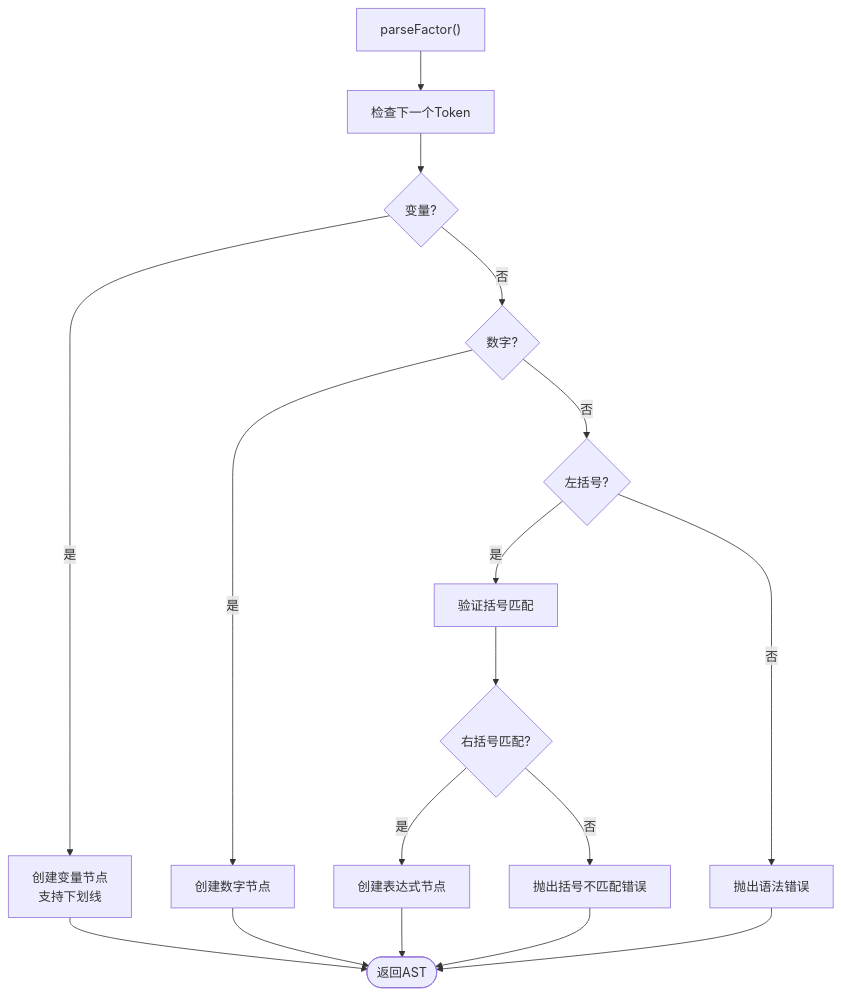
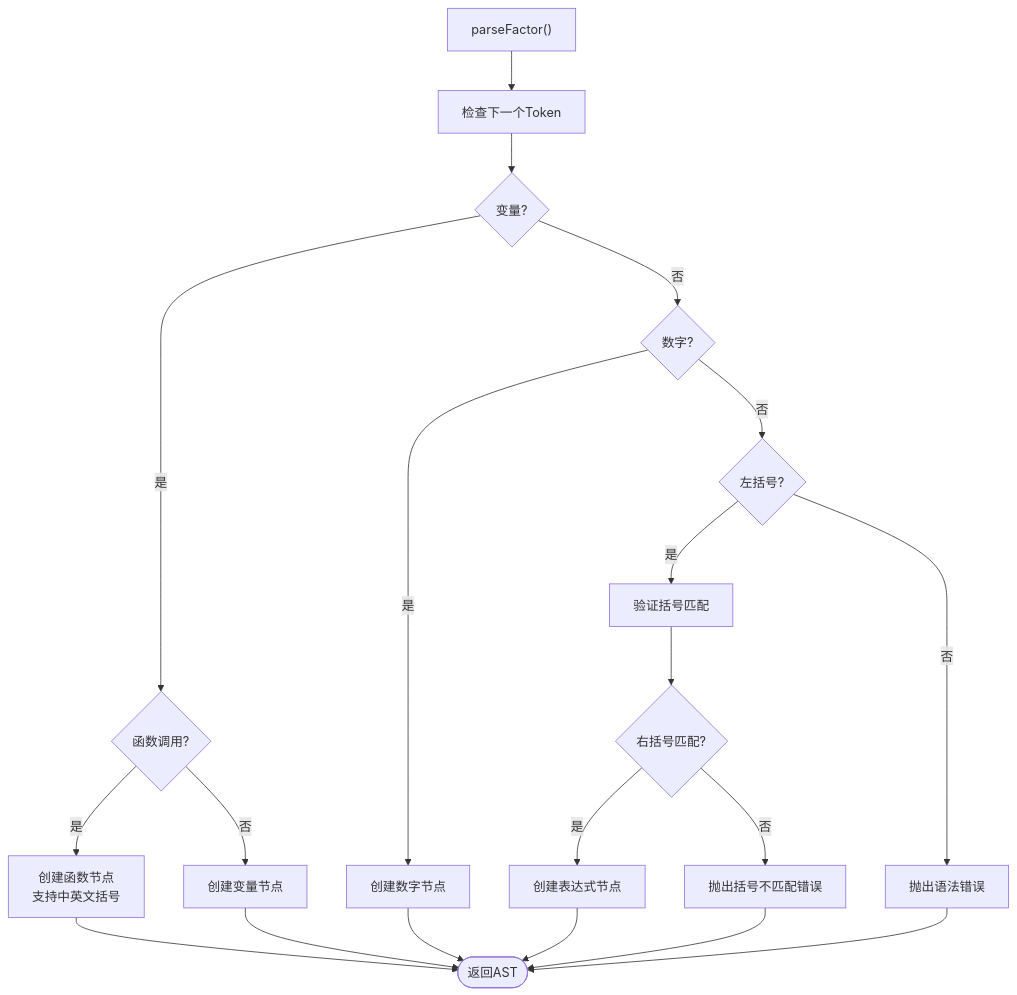
Before and after one commit to steveyu2/formula-mapper: the sixth of 7 diagrams in .qoder/repowiki/zh/content/开发者指南/核心模块实现/公式解析器.md, drawn with Mermaid. The commit also changed other lines of this file and 19 other files, not shown here.

````diff
--- a/.qoder/repowiki/zh/content/开发者指南/核心模块实现/公式解析器.md
+++ b/.qoder/repowiki/zh/content/开发者指南/核心模块实现/公式解析器.md
@@ -275,19 +291,22 @@
 ```mermaid
 flowchart TD
 ParseFactor["parseFactor()"] --> CheckToken["检查下一个Token"]
 CheckToken --> CheckVar{"变量?"}
-CheckVar --> |是| CreateVar["创建变量节点<br/>支持下划线"]
+CheckVar --> |是| CheckFunc{"函数调用?"}
 CheckVar --> |否| CheckNum{"数字?"}
 CheckNum --> |是| CreateNum["创建数字节点"]
 CheckNum --> |否| CheckParen{"左括号?"}
 CheckParen --> |是| ValidateParen["验证括号匹配"]
 CheckParen --> |否| ThrowError["抛出语法错误"]
+CheckFunc --> |是| CreateFunc["创建函数节点<br/>支持中英文括号"]
+CheckFunc --> |否| CreateVar["创建变量节点"]
+CreateFunc --> Done([返回AST])
+CreateVar --> Done
+CreateNum --> Done
 ValidateParen --> Match{"右括号匹配?"}
 Match --> |是| CreateExpr["创建表达式节点"]
 Match --> |否| ParenError["抛出括号不匹配错误"]
-CreateVar --> Done([返回AST])
-CreateNum --> Done
 CreateExpr --> Done
 ParenError --> Done
 ThrowError --> Done
 ```
````
